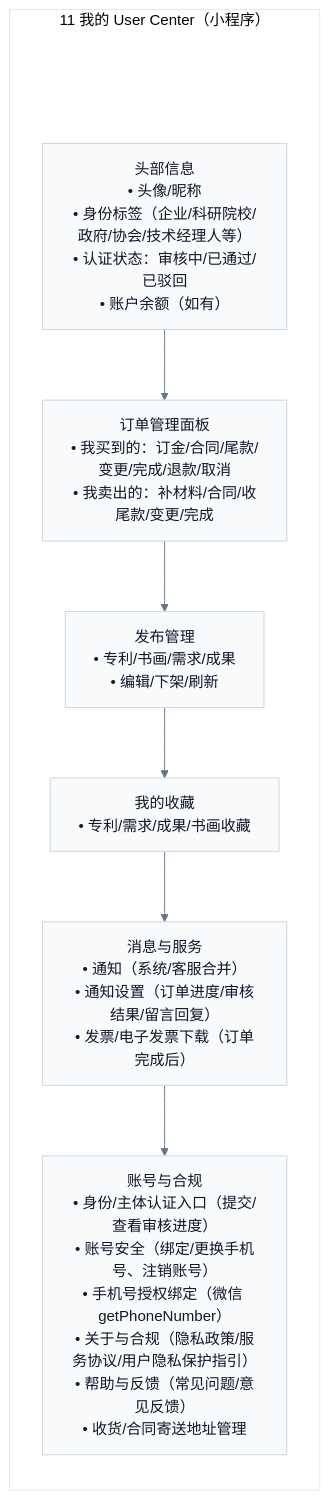
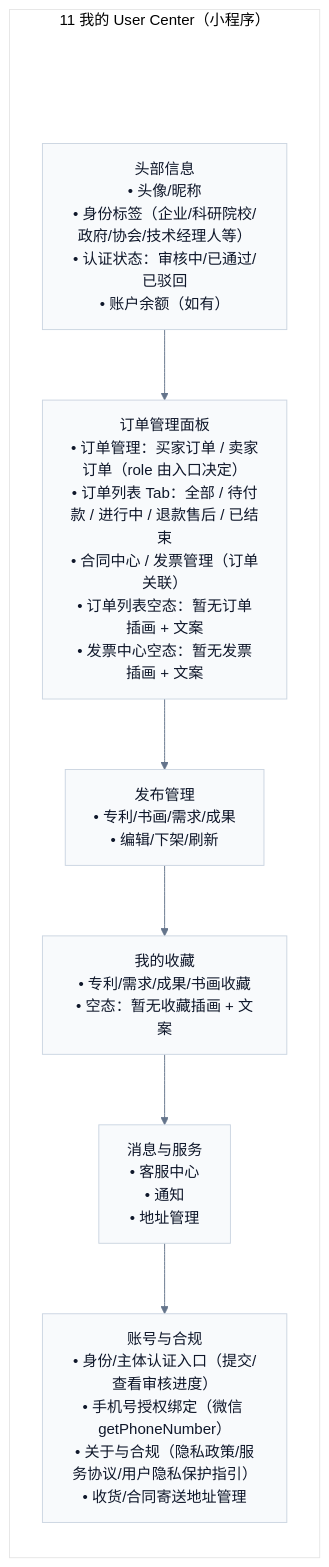
Before and after one commit to Ming-1984/Ipmoney: the diagram in docs/demo/pages/miniapp/11-user-center.mmd, drawn with Mermaid. The commit also changed 74 other files, not shown here.

```diff
--- a/docs/demo/pages/miniapp/11-user-center.mmd
+++ b/docs/demo/pages/miniapp/11-user-center.mmd
@@ -1,17 +1,17 @@
 %%{init: {'theme':'base','flowchart': {'htmlLabels': true},'themeVariables': {'fontFamily': 'Inter, Microsoft YaHei, sans-serif','lineColor':'#64748B','primaryTextColor':'#0F172A','primaryBorderColor':'#CBD5E1','primaryColor':'#F8FAFC'}}}%%
 flowchart TB
   subgraph P["11 我的 User Center（小程序）"]
     direction TB
     Pad[" "]:::pad
     Header["头部信息<br/>• 头像/昵称<br/>• 身份标签（企业/科研院校/政府/协会/技术经理人等）<br/>• 认证状态：审核中/已通过/已驳回<br/>• 账户余额（如有）"]
-    Orders["订单管理面板<br/>• 我买到的：订金/合同/尾款/变更/完成/退款/取消<br/>• 我卖出的：补材料/合同/收尾款/变更/完成"]
+    Orders["订单管理面板<br/>• 订单管理：买家订单 / 卖家订单（role 由入口决定）<br/>• 订单列表 Tab：全部 / 待付款 / 进行中 / 退款售后 / 已结束<br/>• 合同中心 / 发票管理（订单关联）<br/>• 订单列表空态：暂无订单插画 + 文案<br/>• 发票中心空态：暂无发票插画 + 文案"]
     PublishMgmt["发布管理<br/>• 专利/书画/需求/成果<br/>• 编辑/下架/刷新"]
-    Favorites["我的收藏<br/>• 专利/需求/成果/书画收藏"]
-    Services["消息与服务<br/>• 通知（系统/客服合并）<br/>• 通知设置（订单进度/审核结果/留言回复）<br/>• 发票/电子发票下载（订单完成后）"]
-    Settings["账号与合规<br/>• 身份/主体认证入口（提交/查看审核进度）<br/>• 账号安全（绑定/更换手机号、注销账号）<br/>• 手机号授权绑定（微信 getPhoneNumber）<br/>• 关于与合规（隐私政策/服务协议/用户隐私保护指引）<br/>• 帮助与反馈（常见问题/意见反馈）<br/>• 收货/合同寄送地址管理"]
+    Favorites["我的收藏<br/>• 专利/需求/成果/书画收藏<br/>• 空态：暂无收藏插画 + 文案"]
+    Services["消息与服务<br/>• 客服中心<br/>• 通知<br/>• 地址管理"]
+    Settings["账号与合规<br/>• 身份/主体认证入口（提交/查看审核进度）<br/>• 手机号授权绑定（微信 getPhoneNumber）<br/>• 关于与合规（隐私政策/服务协议/用户隐私保护指引）<br/>• 收货/合同寄送地址管理"]
     Pad --> Header
     Header --> Orders --> PublishMgmt --> Favorites --> Services --> Settings
   end
 
   classDef pad fill:transparent,stroke:transparent,color:transparent;
   linkStyle 0 stroke:transparent,fill:transparent;
```
